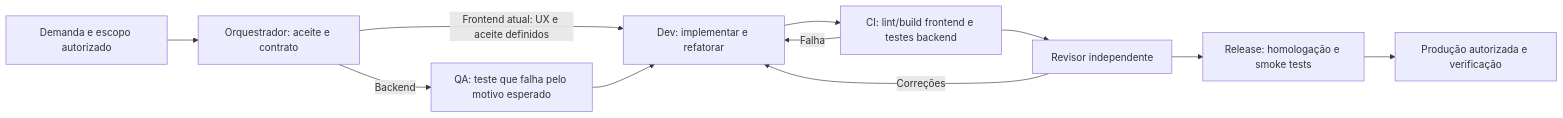
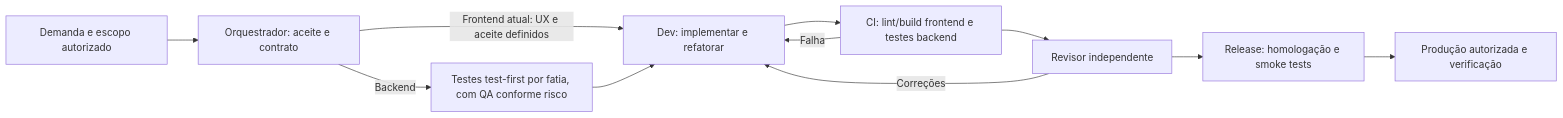
One commit to Macieljs/Fatura-otica changed the diagram in docs/AGENT_WORKFLOW.md. Above: the diagram before and after it, drawn with Mermaid. The commit also changed other lines of this file and 72 other files, not shown here.

Commit message:
feat(identity): complete sprint backend flows

````diff
--- a/docs/AGENT_WORKFLOW.md
+++ b/docs/AGENT_WORKFLOW.md
@@ -27,13 +27,13 @@
 ```mermaid
 flowchart LR
     A[Demanda e escopo autorizado] --> B[Orquestrador: aceite e contrato]
-    B -->|Backend| C[QA: teste que falha pelo motivo esperado]
+    B -->|Backend| C[Testes test-first por fatia, com QA conforme risco]
     B -->|Frontend atual: UX e aceite definidos| D
     C --> D[Dev: implementar e refatorar]
     D --> E[CI: lint/build frontend e testes backend]
     E --> F[Revisor independente]
     F --> G[Release: homologação e smoke tests]
     G --> H[Produção autorizada e verificação]
     E -->|Falha| D
     F -->|Correções| D
 ```
````
